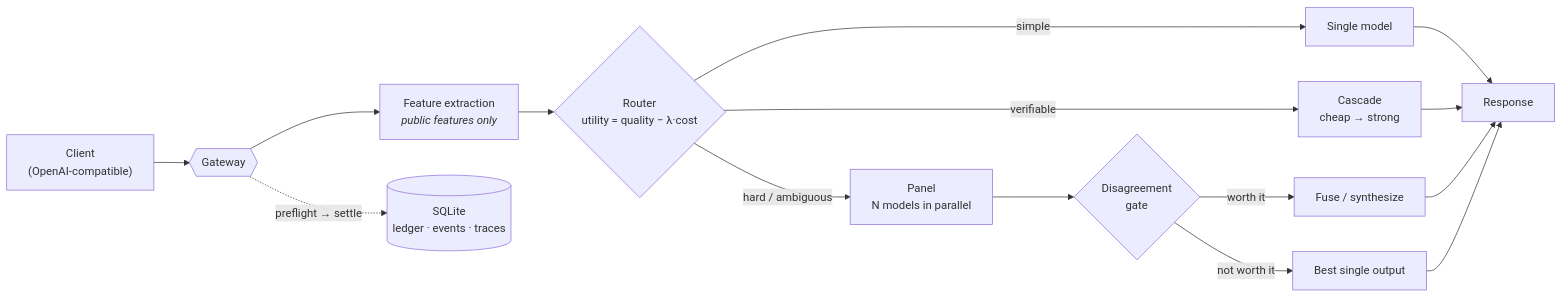
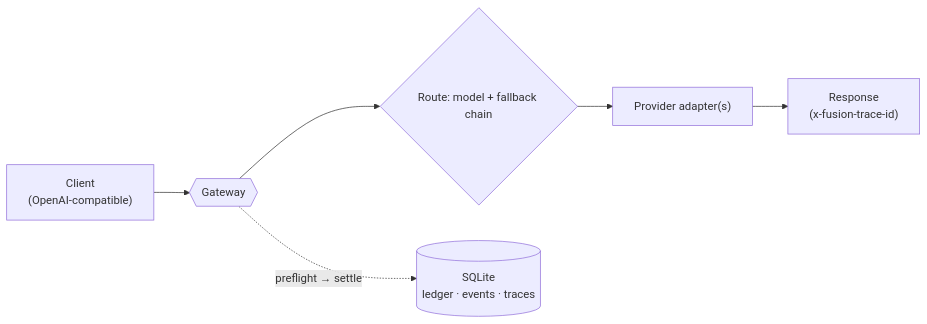
The diagram in README.md (coderdailyone/fusion-gateway), drawn with Mermaid before and after one commit. The commit also changed other lines of this file, not shown here.

````diff
--- a/README.md
+++ b/README.md
@@ -31,17 +124,8 @@
 ```mermaid
 flowchart LR
     C["Client<br/>(OpenAI-compatible)"] --> A{{Gateway}}
-    A --> F["Feature extraction<br/><i>public features only</i>"]
-    F --> R{"Router<br/>utility = quality − λ·cost"}
-    R -->|simple| S["Single model"]
-    R -->|verifiable| K["Cascade<br/>cheap → strong"]
-    R -->|hard / ambiguous| P["Panel<br/>N models in parallel"]
-    P --> G{"Disagreement<br/>gate"}
-    G -->|worth it| U["Fuse / synthesize"]
-    G -->|not worth it| B["Best single output"]
-    S --> O["Response"]
-    K --> O
-    U --> O
-    B --> O
+    A --> R{"Route: model + fallback chain"}
+    R --> P["Provider adapter(s)"]
+    P --> O["Response<br/>(x-fusion-trace-id)"]
     A -.->|preflight → settle| L[("SQLite<br/>ledger · events · traces")]
 ```
````
